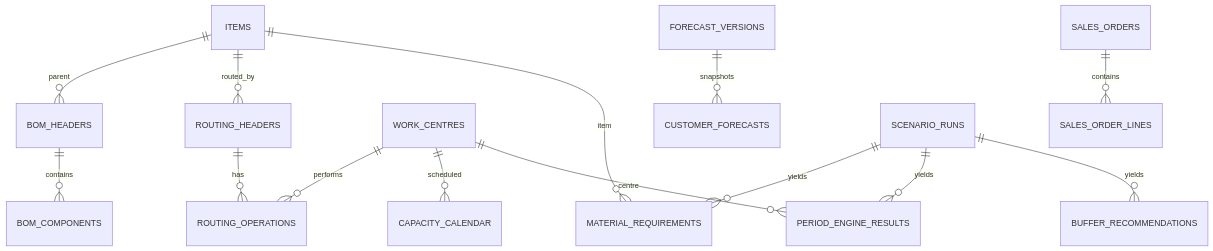
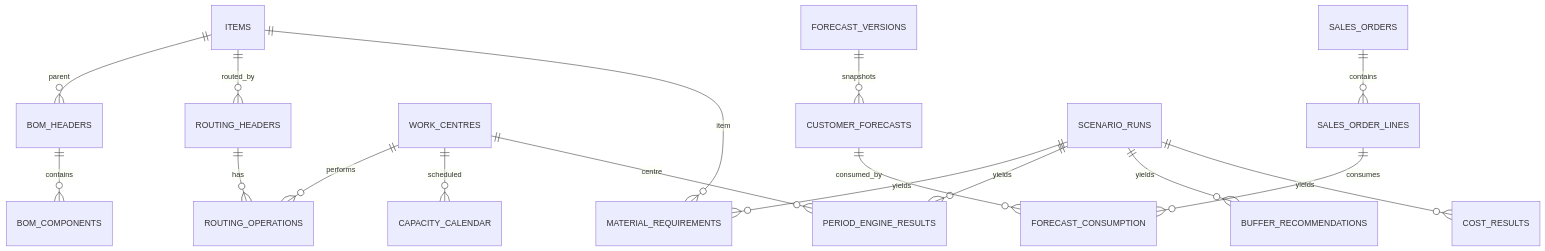
One commit to sergiunicoara/Manufacturing-Analytics-Pilot changed the diagram in DATA_MODEL.md. Above: the diagram before and after it, drawn with Mermaid. The commit also changed other lines of this file and 25 other files, not shown here.

````diff
--- a/DATA_MODEL.md
+++ b/DATA_MODEL.md
@@ -5,16 +5,19 @@
 ```mermaid
 erDiagram
     ITEMS ||--o{ BOM_HEADERS : parent
     BOM_HEADERS ||--o{ BOM_COMPONENTS : contains
     ITEMS ||--o{ ROUTING_HEADERS : routed_by
     ROUTING_HEADERS ||--o{ ROUTING_OPERATIONS : has
     WORK_CENTRES ||--o{ ROUTING_OPERATIONS : performs
     WORK_CENTRES ||--o{ CAPACITY_CALENDAR : scheduled
     FORECAST_VERSIONS ||--o{ CUSTOMER_FORECASTS : snapshots
     SALES_ORDERS ||--o{ SALES_ORDER_LINES : contains
     SCENARIO_RUNS ||--o{ MATERIAL_REQUIREMENTS : yields
     SCENARIO_RUNS ||--o{ PERIOD_ENGINE_RESULTS : yields
     SCENARIO_RUNS ||--o{ BUFFER_RECOMMENDATIONS : yields
+    SCENARIO_RUNS ||--o{ COST_RESULTS : yields
+    CUSTOMER_FORECASTS ||--o{ FORECAST_CONSUMPTION : consumed_by
+    SALES_ORDER_LINES ||--o{ FORECAST_CONSUMPTION : consumes
     ITEMS ||--o{ MATERIAL_REQUIREMENTS : item
     WORK_CENTRES ||--o{ PERIOD_ENGINE_RESULTS : centre
 ```
````
